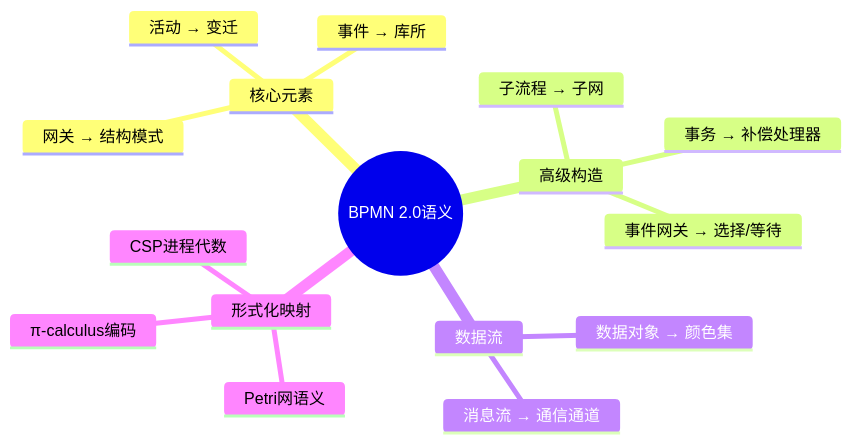
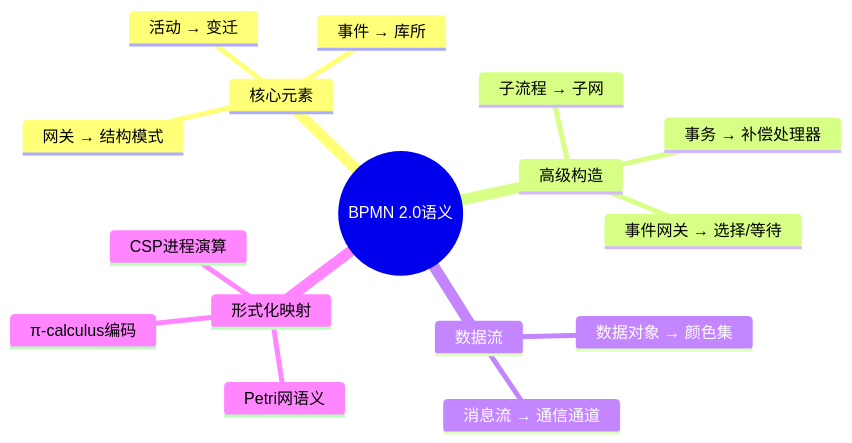
Before and after one commit to AdaMartin18010/AnalysisDataFlow: the second of 5 diagrams in formal-methods/04-application-layer/01-workflow/03-bpmn-semantics.md, drawn with Mermaid. The commit also changed 129 other files, not shown here.

````diff
--- a/formal-methods/04-application-layer/01-workflow/03-bpmn-semantics.md
+++ b/formal-methods/04-application-layer/01-workflow/03-bpmn-semantics.md
@@ -379,19 +379,19 @@
 ```mermaid
 mindmap
   root((BPMN 2.0语义))
     核心元素
       活动 → 变迁
       事件 → 库所
       网关 → 结构模式
     高级构造
       子流程 → 子网
       事务 → 补偿处理器
       事件网关 → 选择/等待
     数据流
       数据对象 → 颜色集
       消息流 → 通信通道
     形式化映射
       Petri网语义
       π-calculus编码
-      CSP进程代数
+      CSP进程演算
 ```
````
